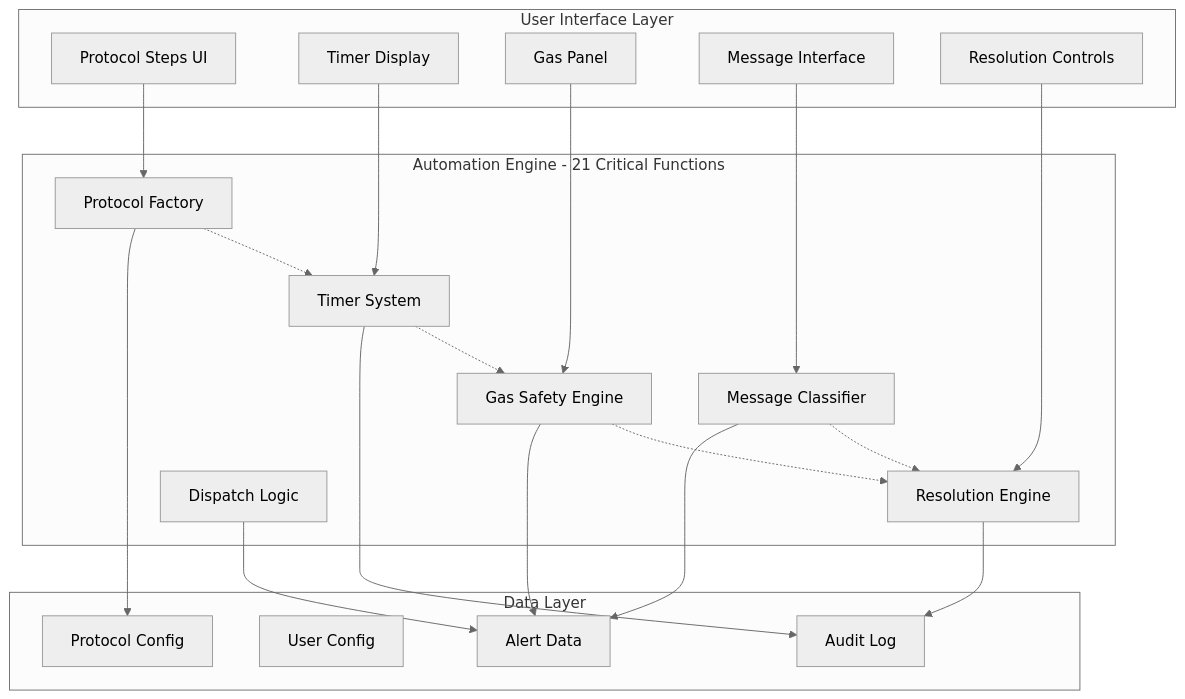
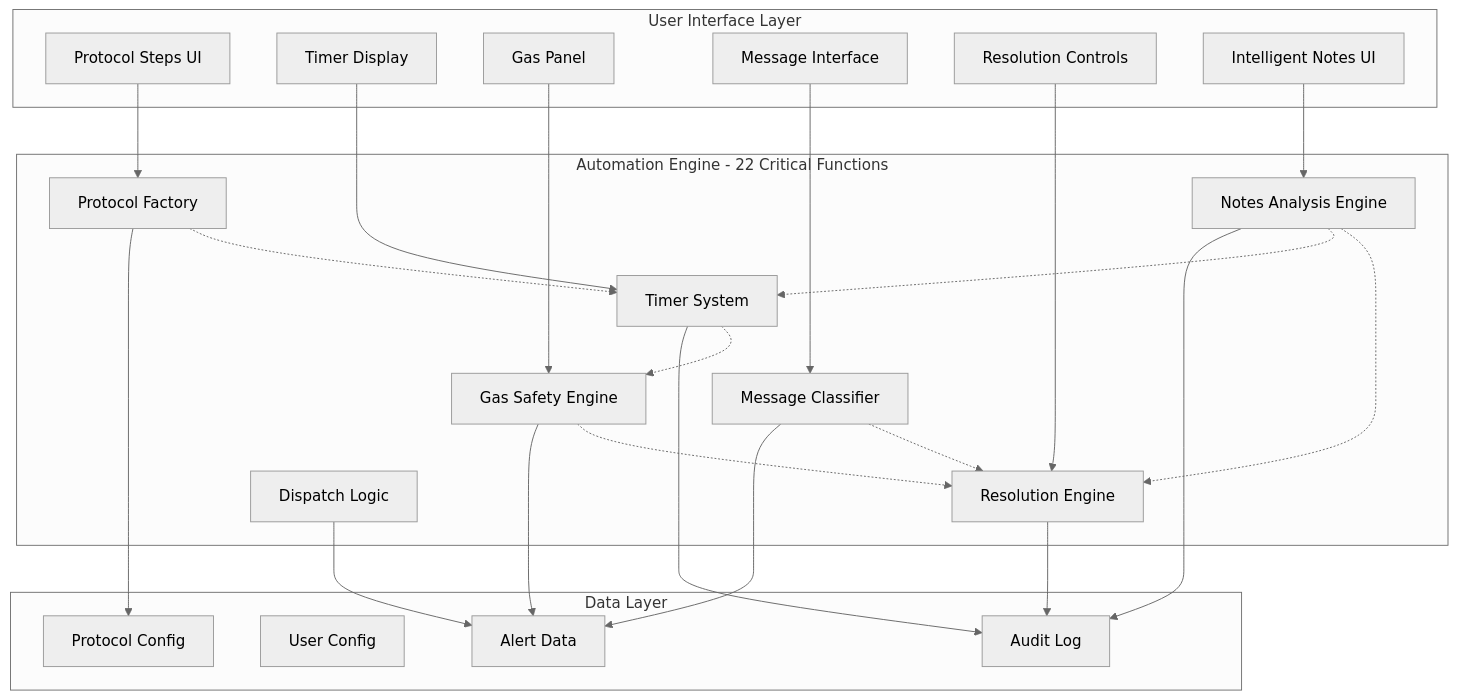
The first of 3 diagrams in README.md (Ivanhoe1970/BLN_Cypress_Showcase), drawn with Mermaid (neutral theme) before and after one commit. The commit also changed other lines of this file and 4 other files, not shown here.

Commit message:
feat: fully annotate ADDMANUALNOTE and ANALYZENOTE functions + update docs referencing Intelligent Notes Analysis Engine

````diff
--- a/README.md
+++ b/README.md
@@ -36,44 +38,50 @@
 ```mermaid
 flowchart TB
     subgraph "User Interface Layer"
         A[Protocol Steps UI]
         B[Timer Display]
         C[Gas Panel]
         D[Message Interface]
         E[Resolution Controls]
+        F[Intelligent Notes UI]
     end
     
-    subgraph "Automation Engine - 21 Critical Functions"
-        F[Protocol Factory]
-        G[Timer System]
-        H[Gas Safety Engine]
-        I[Message Classifier]
-        J[Resolution Engine]
-        K[Dispatch Logic]
+    subgraph "Automation Engine - 22 Critical Functions"
+        G[Protocol Factory]
+        H[Timer System]
+        I[Gas Safety Engine]
+        J[Message Classifier]
+        K[Notes Analysis Engine]
+        L[Resolution Engine]
+        M[Dispatch Logic]
     end
     
     subgraph "Data Layer"
-        L[Alert Data]
-        M[User Config]
-        N[Protocol Config]
-        O[Audit Log]
+        N[Alert Data]
+        O[User Config]
+        P[Protocol Config]
+        Q[Audit Log]
     end
     
-    A --> F
-    B --> G
-    C --> H
-    D --> I
-    E --> J
+    A --> G
+    B --> H
+    C --> I
+    D --> J
+    E --> L
+    F --> K
     
-    F --> N
-    G --> O
-    H --> L
-    I --> L
-    J --> O
-    K --> L
+    G --> P
+    H --> Q
+    I --> N
+    J --> N
+    K --> Q
+    L --> Q
+    M --> N
     
-    F -.-> G
     G -.-> H
-    H -.-> J
-    I -.-> J
+    H -.-> I
+    I -.-> L
+    J -.-> L
+    K -.-> H
+    K -.-> L
 ```
````
